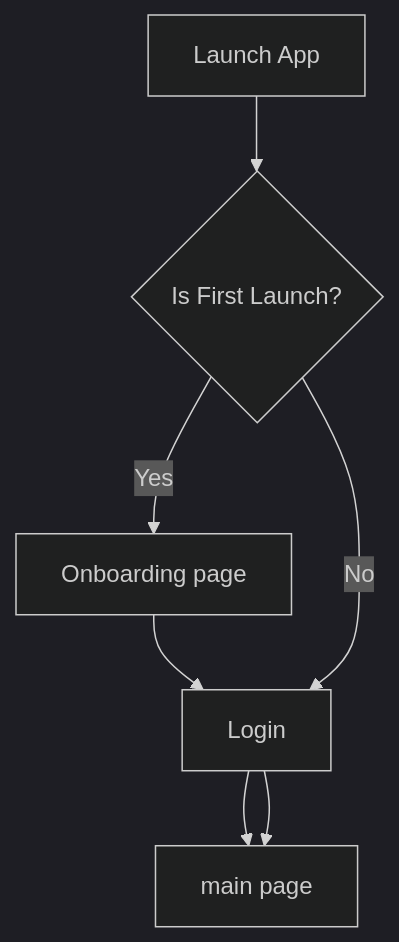
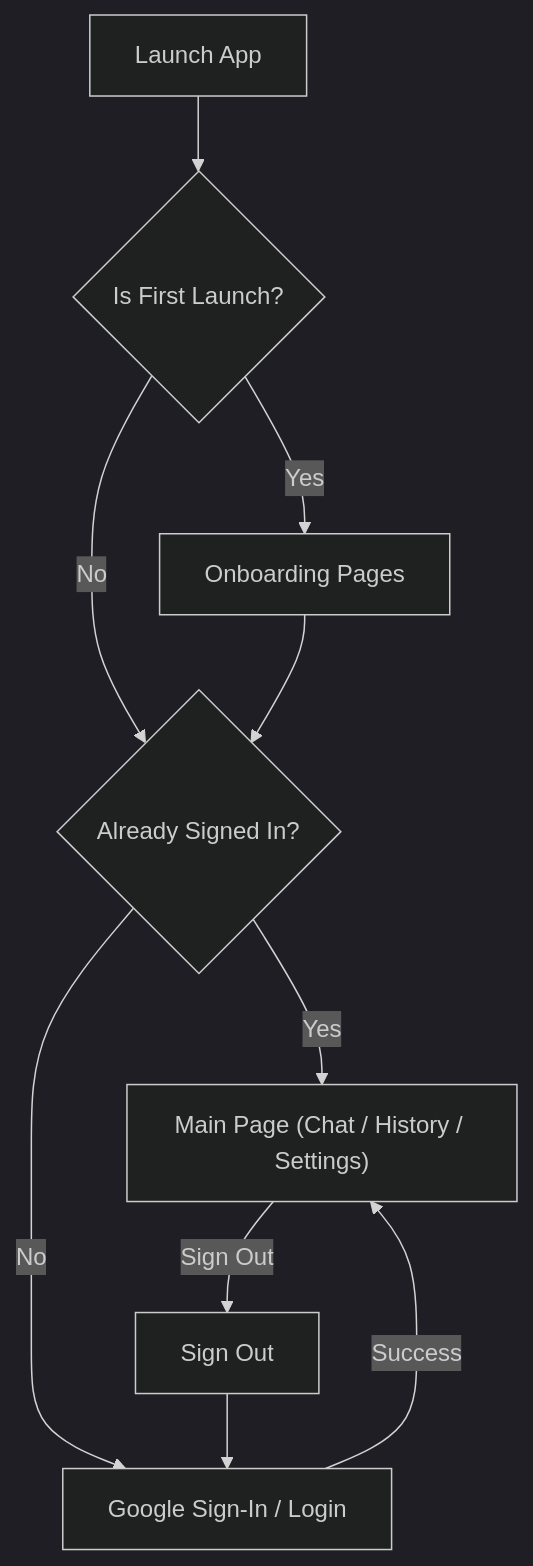
Before and after one commit to RestartfromNew/DTI5175: the diagram in README.md, drawn with Mermaid (dark theme).

Commit message:
Update flowchart in README for app launch process

````diff
--- a/README.md
+++ b/README.md
@@ -1,12 +1,19 @@
 ```mermaid
 flowchart TD
     A[Launch App]
     B{Is First Launch?}
-    C[Login]
-    D[Onboarding page]
-    E[main page]
+    C{Already Signed In?}
+    D[Onboarding Pages]
+    E[Google Sign-In / Login]
+    F["Main Page (Chat / History / Settings)"]
+    G[Sign Out]
 
     A --> B
-    B -->|Yes| D --> C --> E
-    B -->|No| C --> E
+    B -->|Yes| D
+    B -->|No| C
+    D --> C
+    C -->|Yes| F
+    C -->|No| E
+    E -->|Success| F
+    F -->|Sign Out| G --> E
 ```
````
